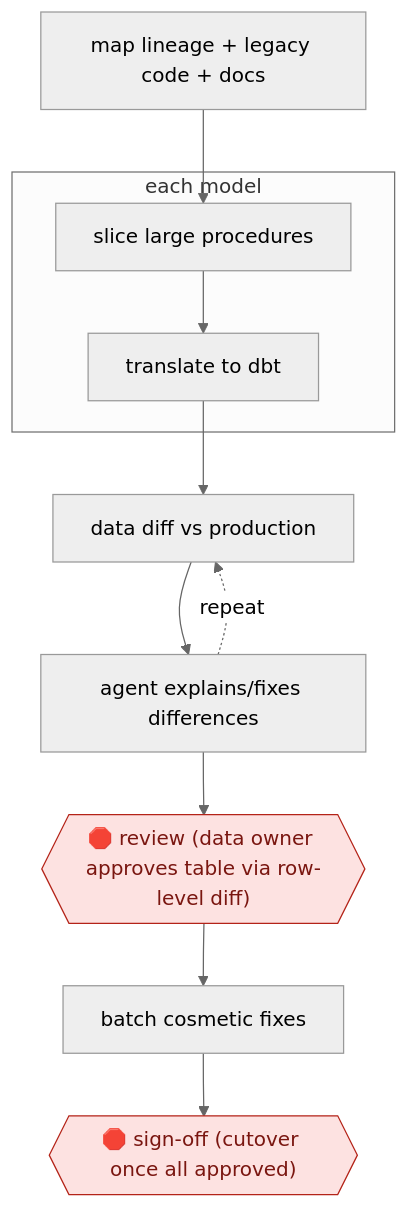
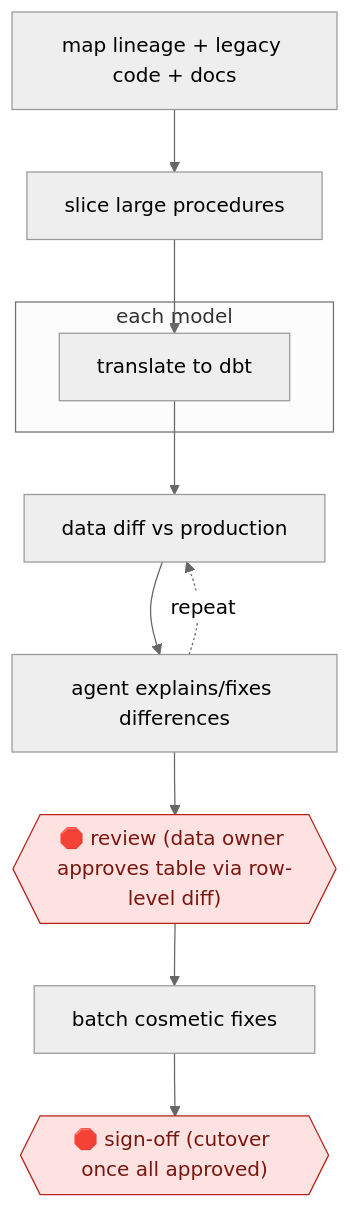
The diagram in workflows/TEC/DAT/DATAENG/diff-proven-dbt-migration/README.md (milesradford99/agent-workflow-atlas), drawn with Mermaid (neutral theme) before and after one commit. The commit also changed other lines of this file and 171 other files, not shown here.

````diff
--- a/workflows/TEC/DAT/DATAENG/diff-proven-dbt-migration/README.md
+++ b/workflows/TEC/DAT/DATAENG/diff-proven-dbt-migration/README.md
@@ -31,22 +31,22 @@
 ```mermaid
 flowchart TD
   n1["map lineage + legacy code + docs"]
   n2["slice large procedures"]
-  n1 --> n2
   subgraph s3["each model"]
   n4["translate to dbt"]
-  n2 --> n4
   end
   n5["data diff vs production"]
+  n6["agent explains/fixes differences"]
+  n7{{"🛑 review (data owner approves table via row-level diff)"}}:::stop
+  n8["batch cosmetic fixes"]
+  n9{{"🛑 sign-off (cutover once all approved)"}}:::stop
+  n1 --> n2
+  n2 --> n4
   n4 --> n5
-  n6["agent explains/fixes differences"]
   n5 --> n6
   n6 -.->|repeat| n5
-  n7{{"🛑 review (data owner approves table via row-level diff)"}}:::stop
   n6 --> n7
-  n8["batch cosmetic fixes"]
   n7 --> n8
-  n9{{"🛑 sign-off (cutover once all approved)"}}:::stop
   n8 --> n9
   classDef stop fill:#fde2e1,stroke:#b42318,color:#7a1610
 ```
````
